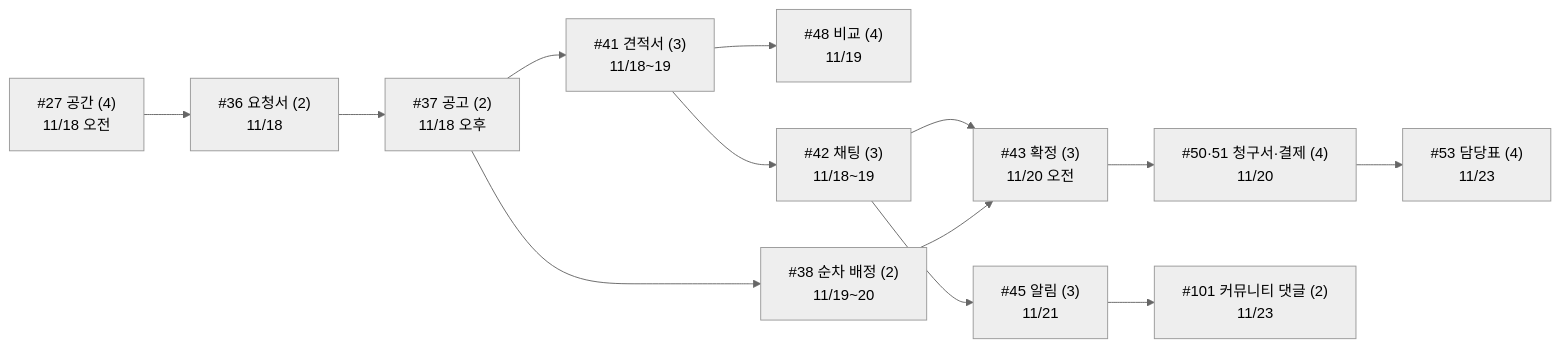
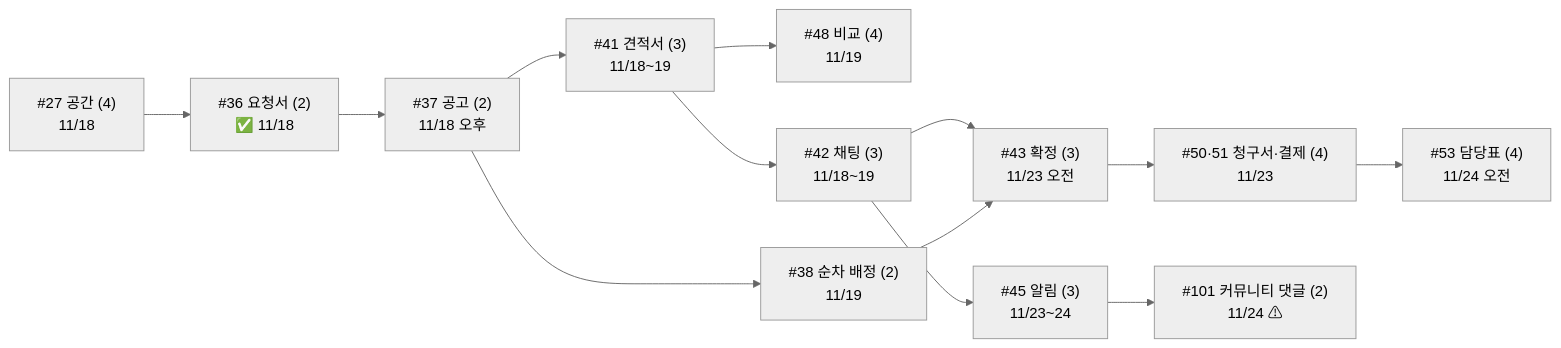
One commit to KHW1003/stage-duck changed the diagram in docs/분업_계획.md. Above: the diagram before and after it, drawn with Mermaid (neutral theme). The commit also changed other lines of this file, not shown here.

````diff
--- a/docs/분업_계획.md
+++ b/docs/분업_계획.md
@@ -258,8 +238,8 @@
 ```mermaid
 flowchart LR
-    S["#27 공간 (4)<br/>11/18 오전"] --> A["#36 요청서 (2)<br/>11/18"]
+    S["#27 공간 (4)<br/>11/18"] --> A["#36 요청서 (2)<br/>✅ 11/18"]
     A --> B["#37 공고 (2)<br/>11/18 오후"] --> C["#41 견적서 (3)<br/>11/18~19"] --> D["#48 비교 (4)<br/>11/19"]
-    C --> E["#42 채팅 (3)<br/>11/18~19"] --> F["#43 확정 (3)<br/>11/20 오전"] --> G["#50·51 청구서·결제 (4)<br/>11/20"] --> H["#53 담당표 (4)<br/>11/23"]
-    B --> I["#38 순차 배정 (2)<br/>11/19~20"] --> F
-    E --> J["#45 알림 (3)<br/>11/21"] --> K["#101 커뮤니티 댓글 (2)<br/>11/23"]
+    C --> E["#42 채팅 (3)<br/>11/18~19"] --> F["#43 확정 (3)<br/>11/23 오전"] --> G["#50·51 청구서·결제 (4)<br/>11/23"] --> H["#53 담당표 (4)<br/>11/24 오전"]
+    B --> I["#38 순차 배정 (2)<br/>11/19"] --> F
+    E --> J["#45 알림 (3)<br/>11/23~24"] --> K["#101 커뮤니티 댓글 (2)<br/>11/24 ⚠"]
 ```
````
